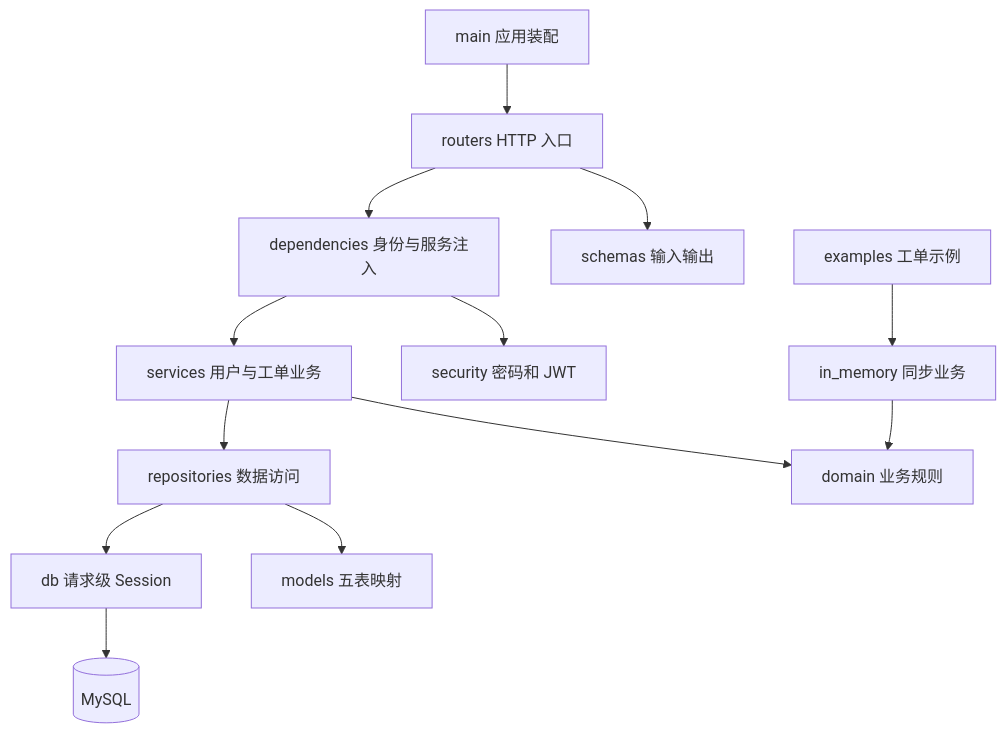
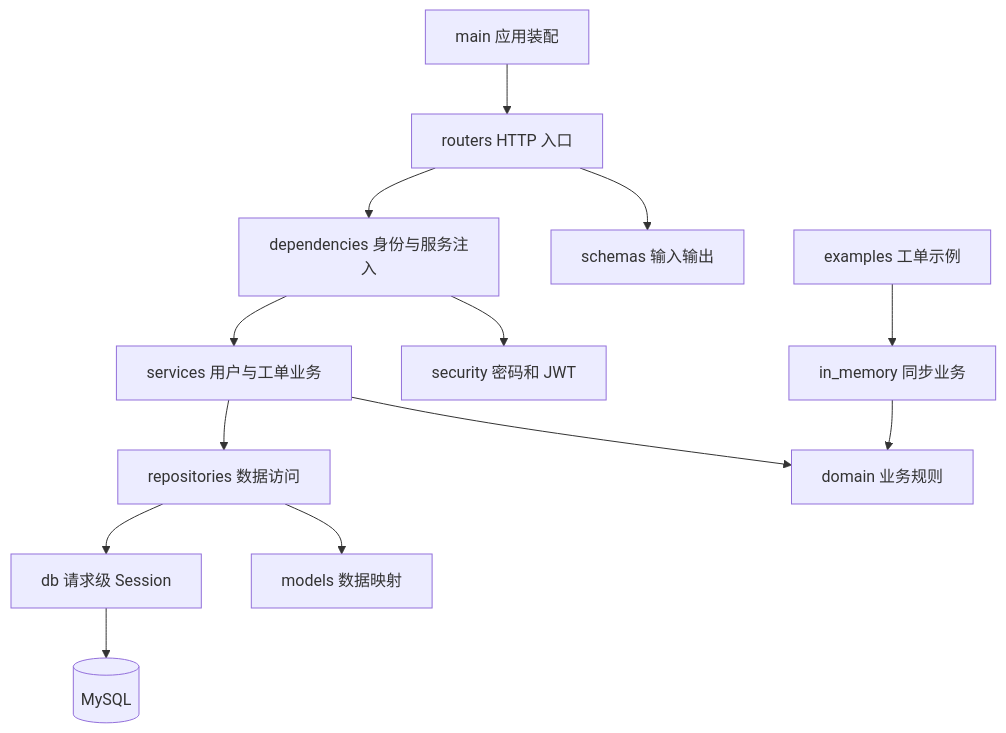
Before and after one commit to shui17/HelpFlow: the diagram in docs/architecture/file-map.md, drawn with Mermaid. The commit also changed other lines of this file and 56 other files, not shown here.

````diff
--- a/docs/architecture/file-map.md
+++ b/docs/architecture/file-map.md
@@ -39,15 +38,15 @@
 ```mermaid
 flowchart TD
     main[main 应用装配] --> routers[routers HTTP 入口]
     routers --> schemas[schemas 输入输出]
     routers --> deps[dependencies 身份与服务注入]
     deps --> security[security 密码和 JWT]
     deps --> services[services 用户与工单业务]
     services --> domain[domain 业务规则]
     services --> repos[repositories 数据访问]
-    repos --> models[models 五表映射]
+    repos --> models[models 数据映射]
     repos --> session[db 请求级 Session]
     session --> mysql[(MySQL)]
     memory[in_memory 同步业务] --> domain
     examples[examples 工单示例] --> memory
 ```
````
